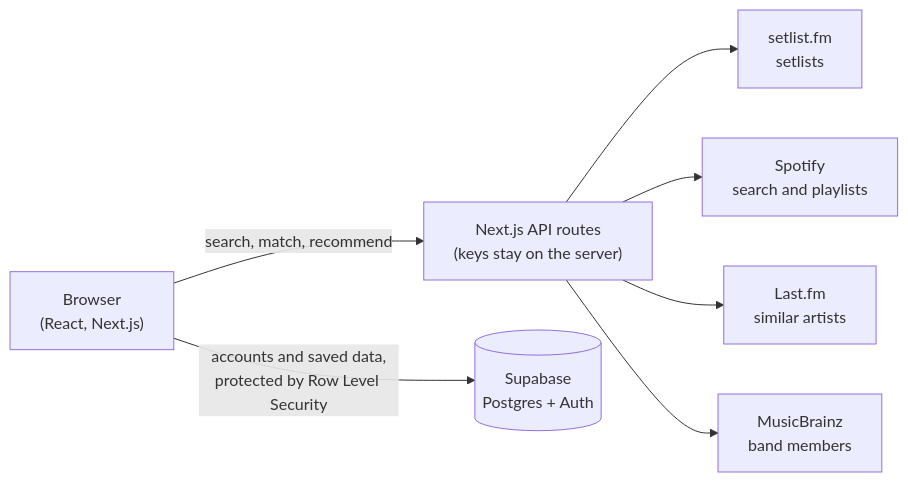
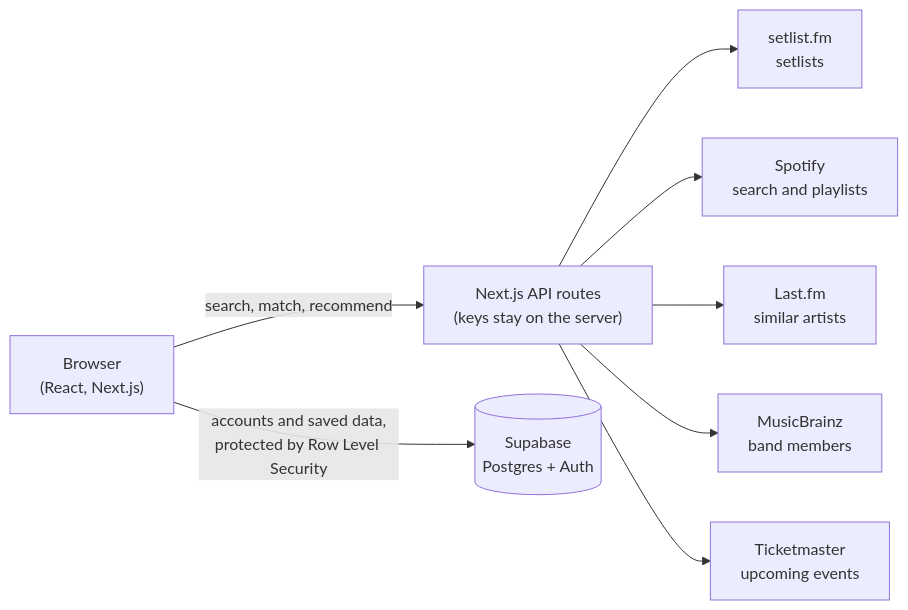
Before and after one commit to LeeA28/encore: the diagram in README.md, drawn with Mermaid. The commit also changed other lines of this file and 37 other files, not shown here.

````diff
--- a/README.md
+++ b/README.md
@@ -35,9 +35,10 @@
 ```mermaid
 flowchart LR
     Browser["Browser<br/>(React, Next.js)"] -->|search, match, recommend| Server["Next.js API routes<br/>(keys stay on the server)"]
     Browser -->|accounts and saved data,<br/>protected by Row Level Security| Supabase[("Supabase<br/>Postgres + Auth")]
     Server --> Setlistfm["setlist.fm<br/>setlists"]
     Server --> Spotify["Spotify<br/>search and playlists"]
     Server --> Lastfm["Last.fm<br/>similar artists"]
     Server --> MusicBrainz["MusicBrainz<br/>band members"]
+    Server --> Ticketmaster["Ticketmaster<br/>upcoming events"]
 ```
````
